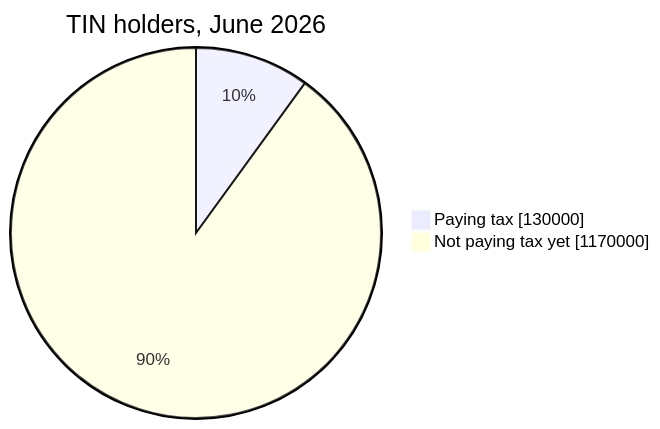
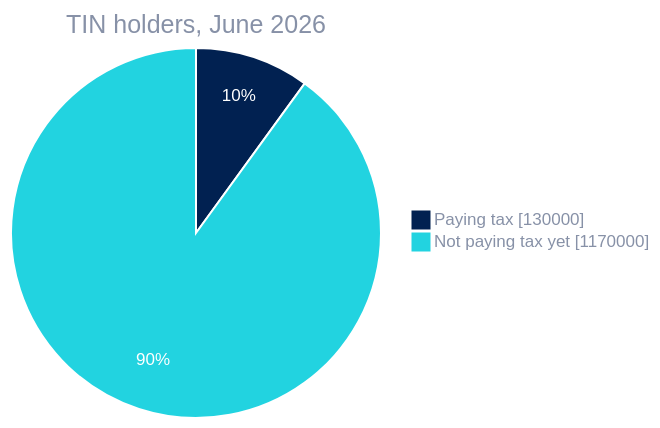
The first of 4 diagrams in README.md (PasinduSuraweera/citetax), drawn with Mermaid before and after one commit. The commit also changed other lines of this file, not shown here.

Commit message:
Brand colours for the pie chart and a readable sources list

````diff
--- a/README.md
+++ b/README.md
@@ -23,6 +23,7 @@
 ```mermaid
+%%{init: {"theme": "base", "themeVariables": {"pie1": "#012151", "pie2": "#22d3e0", "pieStrokeColor": "#ffffff", "pieStrokeWidth": "2px", "pieOuterStrokeWidth": "0px", "pieSectionTextColor": "#ffffff", "pieTitleTextColor": "#8791a7", "pieLegendTextColor": "#8791a7", "pieOpacity": "1"}}}%%
 pie showData
     title TIN holders, June 2026
     "Paying tax" : 130000
     "Not paying tax yet" : 1170000
 ```
````
